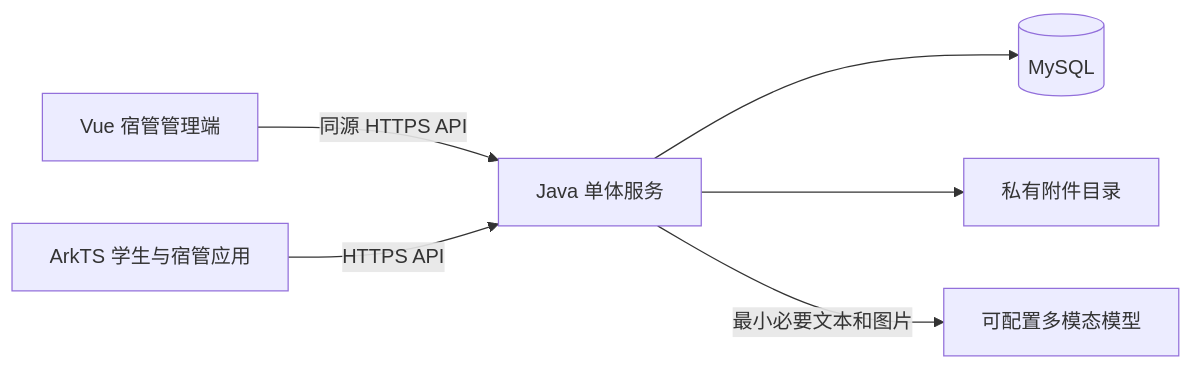
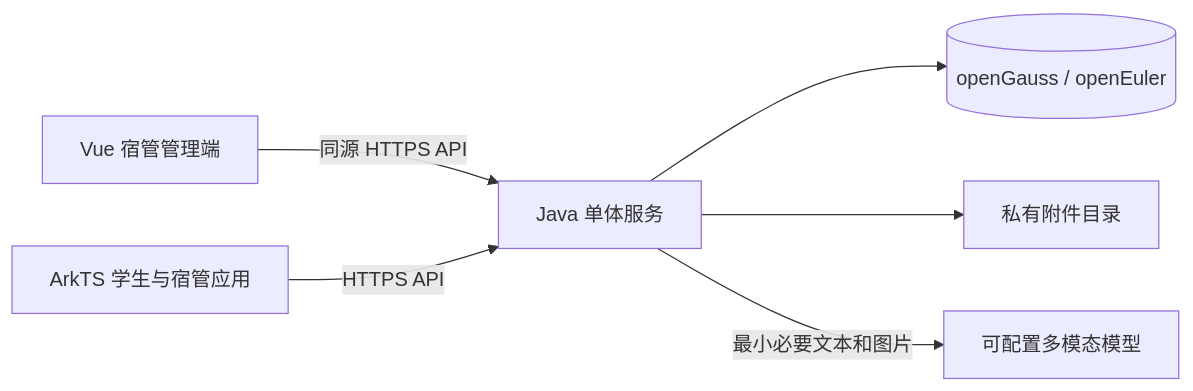
Before and after one commit to TexcolCloud/HD-Project: the first of 2 diagrams in docs/02-架构与数据设计.md, drawn with Mermaid. The commit also changed other lines of this file and 80 other files, not shown here.

Commit message:
feat: preserve validated openGauss baseline and approved refactor design

````diff
--- a/docs/02-架构与数据设计.md
+++ b/docs/02-架构与数据设计.md
@@ -31,8 +31,8 @@
 ```mermaid
 flowchart LR
   Web[Vue 宿管管理端] -->|同源 HTTPS API| API[Java 单体服务]
   App[ArkTS 学生与宿管应用] -->|HTTPS API| API
-  API --> DB[(MySQL)]
+  API --> DB[(openGauss / openEuler)]
   API --> Files[私有附件目录]
   API -->|最小必要文本和图片| Model[可配置多模态模型]
 ```
````
